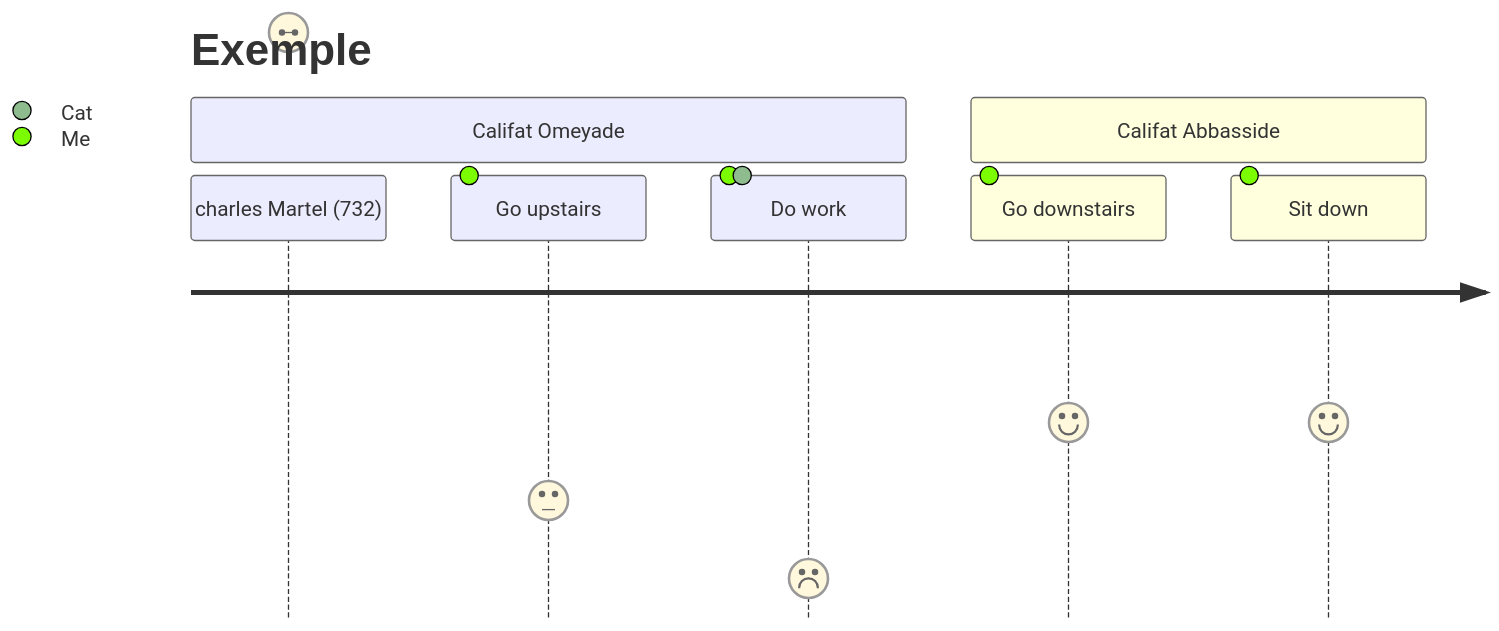
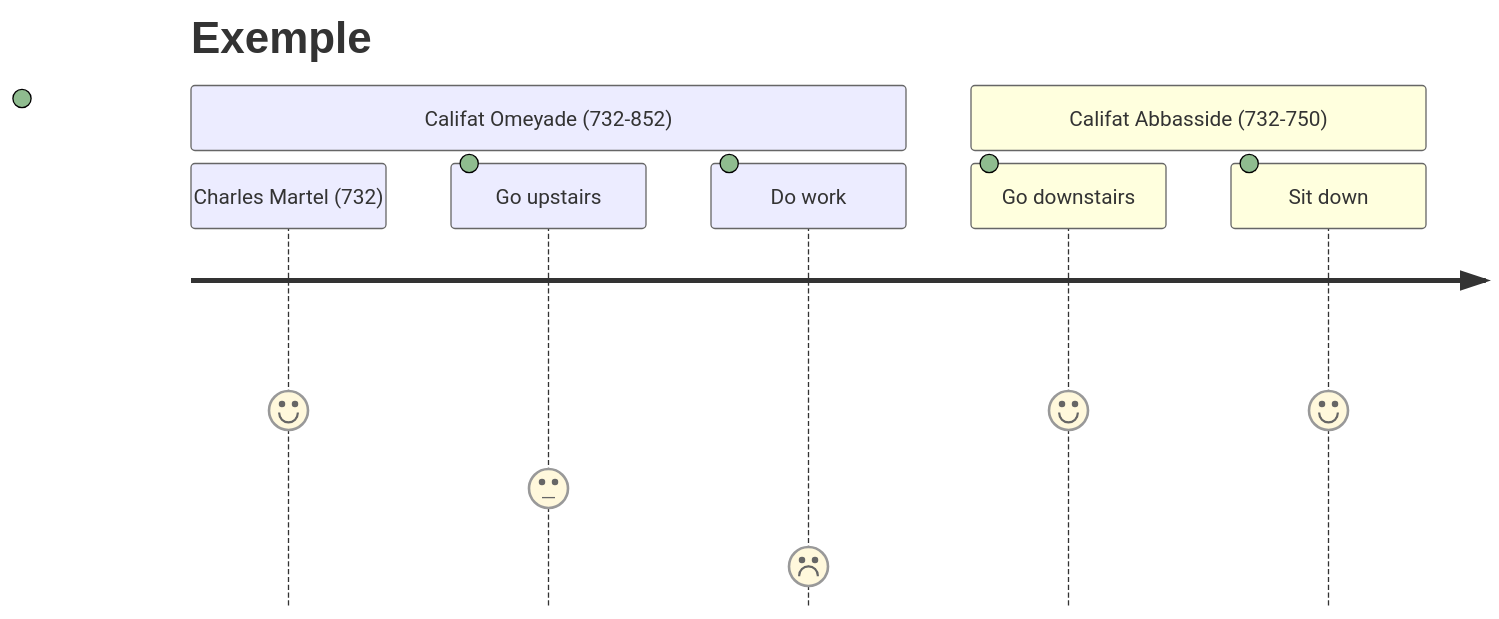
Before and after one commit to emysushi/notes: the diagram in Template/tpl-fiche_histoire-geo.md, drawn with Mermaid. The commit also changed 2 other files, not shown here.

Commit message:
vault backup: 2023-03-07 19:57:30

````diff
--- a/Template/tpl-fiche_histoire-geo.md
+++ b/Template/tpl-fiche_histoire-geo.md
@@ -37,11 +37,11 @@
 ```mermaid
 journey
     title Exemple
-    section Califat Omeyade
-      charles Martel (732): v
-      Go upstairs: 3: Me
-      Do work: 1: Me, Cat
-    section Califat Abbasside
-      Go downstairs: 5: Me
-      Sit down: 5: Me
+    section Califat Omeyade (732-852)
+      Charles Martel (732) : 5
+      Go upstairs: 3: 
+      Do work: 1: 
+    section Califat Abbasside (732-750)
+      Go downstairs: 5: 
+      Sit down: 5: 
 ```
````
